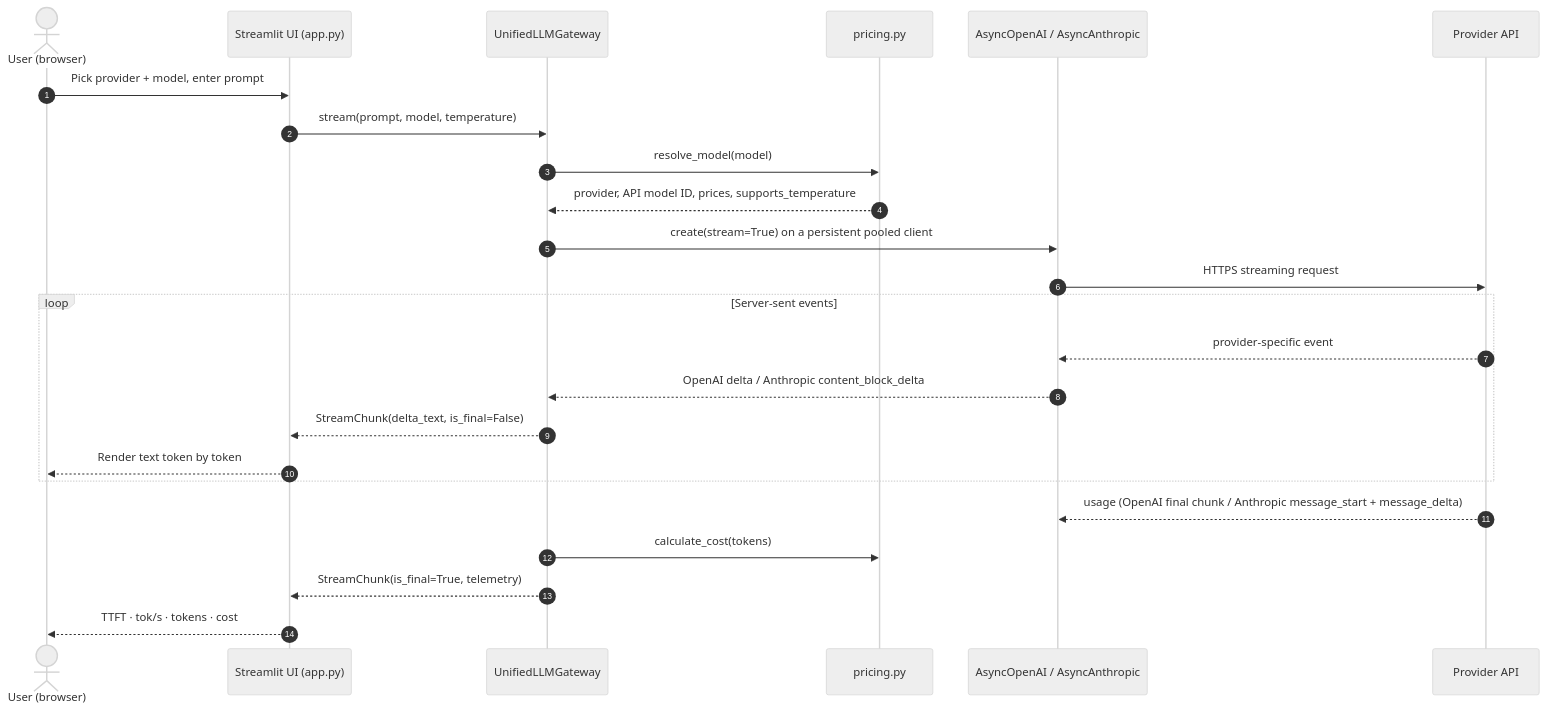
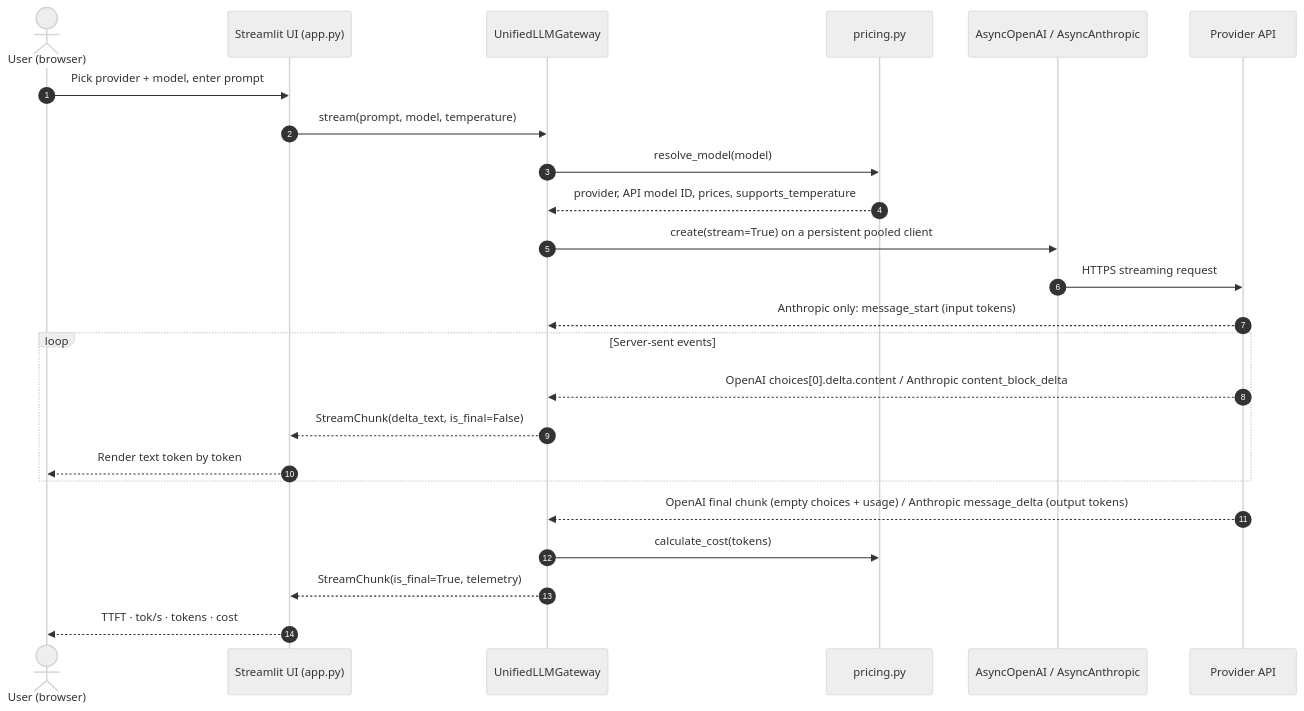
One commit to HJLee82/AD331_2026AU changed the diagram in WEEK02/multi-provider-llm-gateway/README.md. Above: the diagram before and after it, drawn with Mermaid (neutral theme). The commit also changed other lines of this file and 1 other file, not shown here.

Commit message:
fix: Sonnet 5.5 cache-read price; README diagram order

````diff
--- a/WEEK02/multi-provider-llm-gateway/README.md
+++ b/WEEK02/multi-provider-llm-gateway/README.md
@@ -7,27 +7,27 @@
 ```mermaid
 sequenceDiagram
     autonumber
     actor U as User (browser)
     participant UI as Streamlit UI (app.py)
     participant GW as UnifiedLLMGateway
     participant P as pricing.py
     participant SDK as AsyncOpenAI / AsyncAnthropic
     participant API as Provider API
 
     U->>UI: Pick provider + model, enter prompt
     UI->>GW: stream(prompt, model, temperature)
     GW->>P: resolve_model(model)
     P-->>GW: provider, API model ID, prices, supports_temperature
     GW->>SDK: create(stream=True) on a persistent pooled client
     SDK->>API: HTTPS streaming request
+    API-->>GW: Anthropic only: message_start (input tokens)
     loop Server-sent events
-        API-->>SDK: provider-specific event
-        SDK-->>GW: OpenAI delta / Anthropic content_block_delta
+        API-->>GW: OpenAI choices[0].delta.content / Anthropic content_block_delta
         GW-->>UI: StreamChunk(delta_text, is_final=False)
         UI-->>U: Render text token by token
     end
-    API-->>SDK: usage (OpenAI final chunk / Anthropic message_start + message_delta)
+    API-->>GW: OpenAI final chunk (empty choices + usage) / Anthropic message_delta (output tokens)
     GW->>P: calculate_cost(tokens)
     GW-->>UI: StreamChunk(is_final=True, telemetry)
     UI-->>U: TTFT · tok/s · tokens · cost
 ```
````
